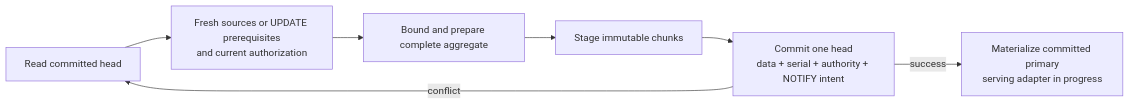
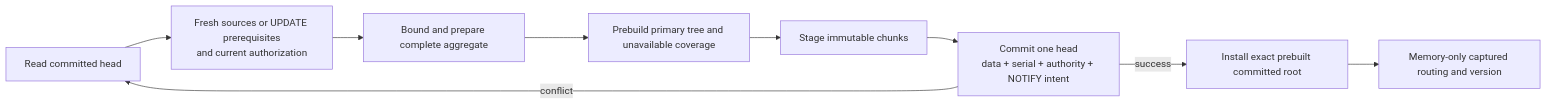
One commit to robertherbaugh/kudurru changed the sixth of 6 diagrams in docs/architecture/zones.md. Above: the diagram before and after it, drawn with Mermaid. The commit also changed other lines of this file and 17 other files, not shown here.

Commit message:
feat(zone): reconcile and materialize committed primary data

````diff
--- a/docs/architecture/zones.md
+++ b/docs/architecture/zones.md
@@ -414,9 +429,11 @@
 ```mermaid
 flowchart LR
     H["Read committed head"] --> P["Fresh sources or UPDATE prerequisites<br/>and current authorization"]
     P --> C["Bound and prepare complete aggregate"]
-    C --> I["Stage immutable chunks"]
+    C --> B["Prebuild primary tree and unavailable coverage"]
+    B --> I["Stage immutable chunks"]
     I --> CAS["Commit one head<br/>data + serial + authority + NOTIFY intent"]
     CAS -- "conflict" --> H
-    CAS -- "success" --> B["Materialize committed primary<br/>serving adapter in progress"]
+    CAS -- "success" --> S["Install exact prebuilt committed root"]
+    S --> Q["Memory-only captured routing and version"]
 ```
````
